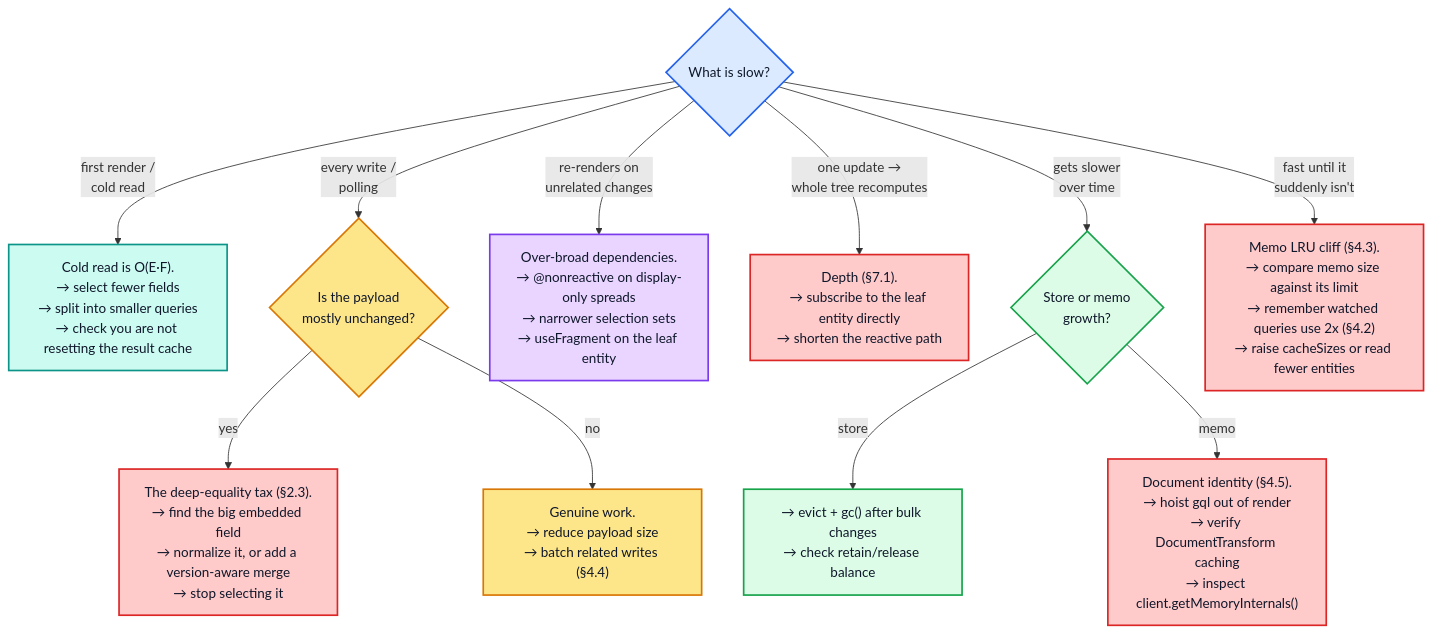
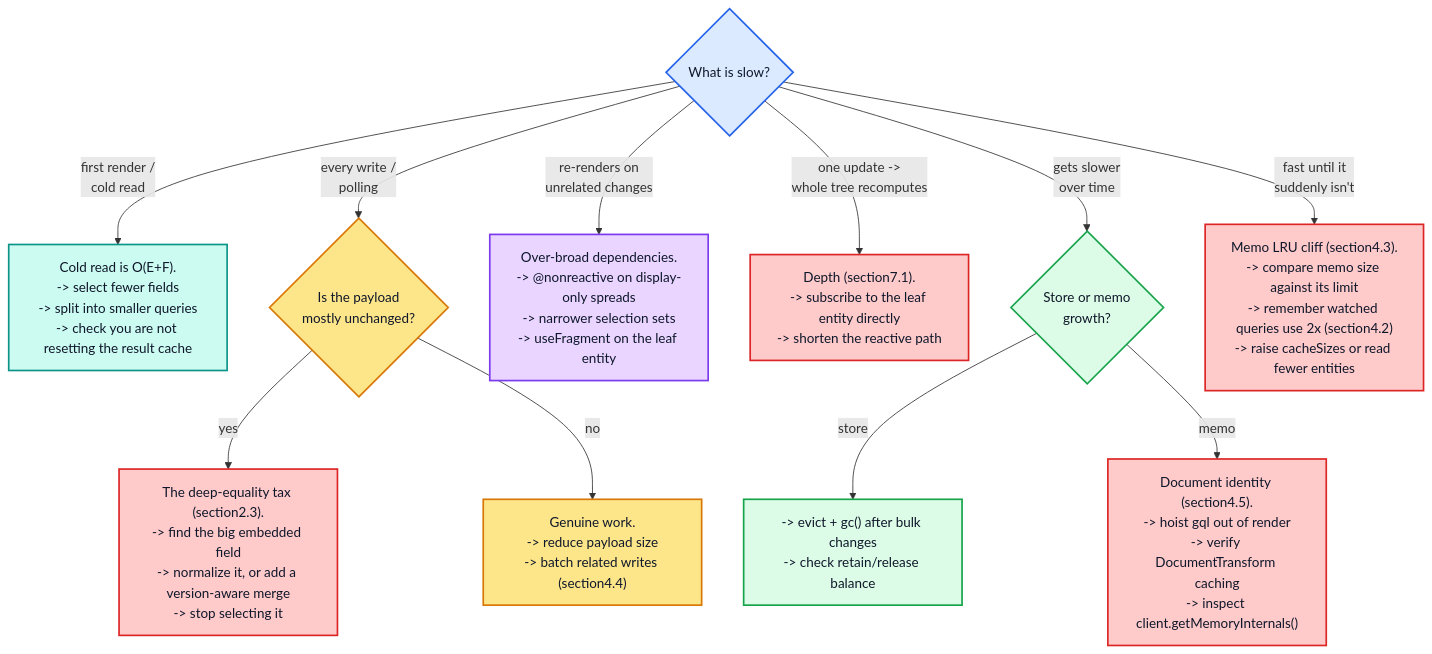
Diagram 14 of 14 in docs/apollo-client-inmemory-cache-performance.md (convict-git/fast-gql-cache-rs), drawn with Mermaid before and after one commit. The commit also changed other lines of this file and 1 other file, not shown here.

First line of the commit message:
docs(cache): replace unicode arrows/dashes/dots in all mermaid diagrams

````diff
--- a/docs/apollo-client-inmemory-cache-performance.md
+++ b/docs/apollo-client-inmemory-cache-performance.md
@@ -1556,22 +1556,22 @@
 ```mermaid
 flowchart TB
     START{"What is slow?"}:::api
 
-    START -->|"first render /<br/>cold read"| COLD["Cold read is O(E·F).<br/>→ select fewer fields<br/>→ split into smaller queries<br/>→ check you are not resetting the result cache"]:::read
+    START -->|"first render /<br/>cold read"| COLD["Cold read is O(E+F).<br/>-> select fewer fields<br/>-> split into smaller queries<br/>-> check you are not resetting the result cache"]:::read
     START -->|"every write /<br/>polling"| WRITE{"Is the payload<br/>mostly unchanged?"}:::write
-    WRITE -->|yes| BLOB["The deep-equality tax (§2.3).<br/>→ find the big embedded field<br/>→ normalize it, or add a version-aware merge<br/>→ stop selecting it"]:::dirty
-    WRITE -->|no| REAL["Genuine work.<br/>→ reduce payload size<br/>→ batch related writes (§4.4)"]:::write
-    START -->|"re-renders on<br/>unrelated changes"| REND["Over-broad dependencies.<br/>→ @nonreactive on display-only spreads<br/>→ narrower selection sets<br/>→ useFragment on the leaf entity"]:::memo
-    START -->|"one update →<br/>whole tree recomputes"| DEEP["Depth (§7.1).<br/>→ subscribe to the leaf entity directly<br/>→ shorten the reactive path"]:::dirty
+    WRITE -->|yes| BLOB["The deep-equality tax (section2.3).<br/>-> find the big embedded field<br/>-> normalize it, or add a version-aware merge<br/>-> stop selecting it"]:::dirty
+    WRITE -->|no| REAL["Genuine work.<br/>-> reduce payload size<br/>-> batch related writes (section4.4)"]:::write
+    START -->|"re-renders on<br/>unrelated changes"| REND["Over-broad dependencies.<br/>-> @nonreactive on display-only spreads<br/>-> narrower selection sets<br/>-> useFragment on the leaf entity"]:::memo
+    START -->|"one update -><br/>whole tree recomputes"| DEEP["Depth (section7.1).<br/>-> subscribe to the leaf entity directly<br/>-> shorten the reactive path"]:::dirty
     START -->|"gets slower<br/>over time"| GROW{"Store or memo<br/>growth?"}:::store
-    GROW -->|store| GC["→ evict + gc() after bulk changes<br/>→ check retain/release balance"]:::store
-    GROW -->|memo| DOC["Document identity (§4.5).<br/>→ hoist gql out of render<br/>→ verify DocumentTransform caching<br/>→ inspect client.getMemoryInternals()"]:::dirty
-    START -->|"fast until it<br/>suddenly isn't"| CLIFF["Memo LRU cliff (§4.3).<br/>→ compare memo size against its limit<br/>→ remember watched queries use 2x (§4.2)<br/>→ raise cacheSizes or read fewer entities"]:::dirty
+    GROW -->|store| GC["-> evict + gc() after bulk changes<br/>-> check retain/release balance"]:::store
+    GROW -->|memo| DOC["Document identity (section4.5).<br/>-> hoist gql out of render<br/>-> verify DocumentTransform caching<br/>-> inspect client.getMemoryInternals()"]:::dirty
+    START -->|"fast until it<br/>suddenly isn't"| CLIFF["Memo LRU cliff (section4.3).<br/>-> compare memo size against its limit<br/>-> remember watched queries use 2x (section4.2)<br/>-> raise cacheSizes or read fewer entities"]:::dirty
 
     classDef api fill:#dbeafe,stroke:#2563eb,stroke-width:2px,color:#0f172a
     classDef read fill:#ccfbf1,stroke:#0d9488,stroke-width:2px,color:#0f172a
     classDef write fill:#fde68a,stroke:#d97706,stroke-width:2px,color:#0f172a
     classDef store fill:#dcfce7,stroke:#16a34a,stroke-width:2px,color:#0f172a
     classDef memo fill:#e9d5ff,stroke:#7c3aed,stroke-width:2px,color:#0f172a
     classDef dirty fill:#fecaca,stroke:#dc2626,stroke-width:2px,color:#0f172a
 ```
````
